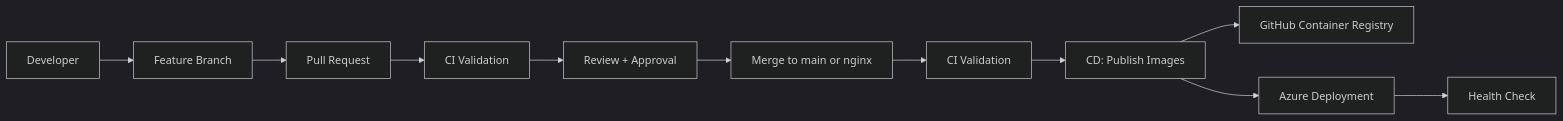
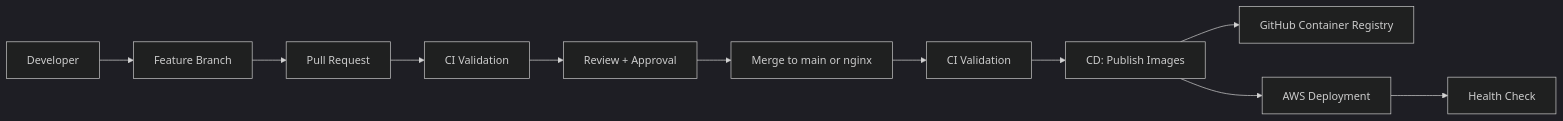
One commit to AyomideADEJARE1/Expense-Management-Platform changed the first of 2 diagrams in docs/ci-cd.md. Above: the diagram before and after it, drawn with Mermaid (dark theme). The commit also changed other lines of this file, not shown here.

Commit message:
docs(cd): document AWS EC2 deployment configuration

````diff
--- a/docs/ci-cd.md
+++ b/docs/ci-cd.md
@@ -13,13 +13,13 @@
 ```mermaid
 flowchart LR
     D[Developer] --> B[Feature Branch]
     B --> PR[Pull Request]
     PR --> CI[CI Validation]
     CI --> R[Review + Approval]
     R --> M[Merge to main or nginx]
     M --> CI2[CI Validation]
     CI2 --> P[CD: Publish Images]
     P --> G[GitHub Container Registry]
-    P --> DEP[Azure Deployment]
+    P --> DEP[AWS Deployment]
     DEP --> H[Health Check]
 ```
````
